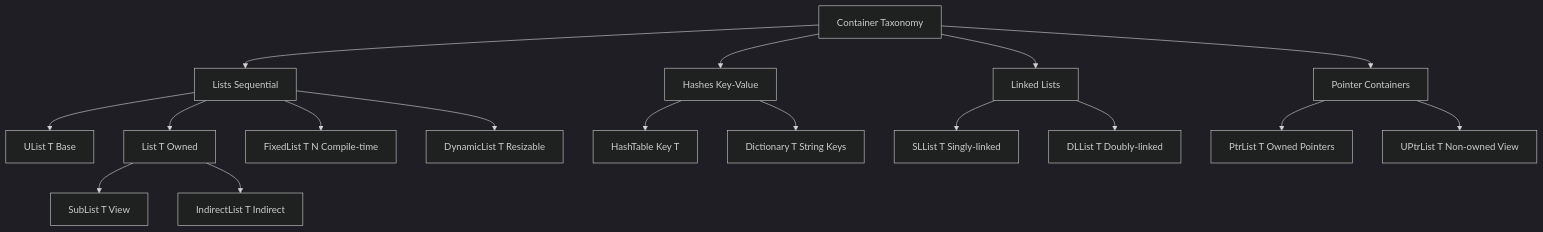
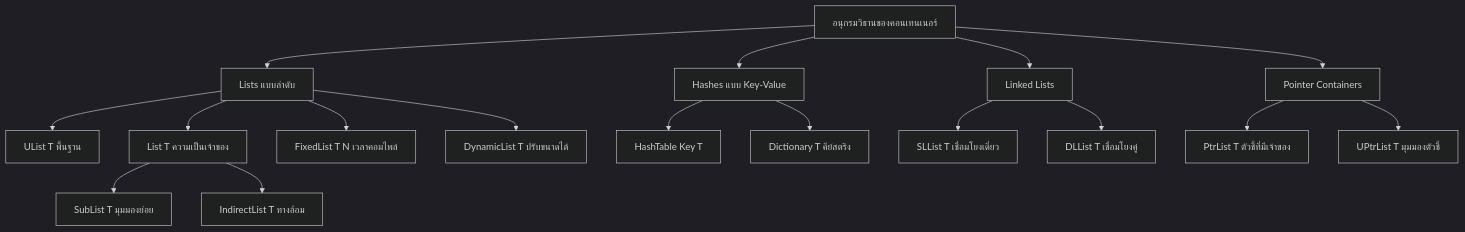
The diagram in MODULE_05_OPENFOAM_PROGRAMMING/CONTENT/03_CONTAINERS_MEMORY/03_Container_System.md (wramet/build-my-cfd), drawn with Mermaid (dark theme) before and after one commit. The commit also changed other lines of this file and 104 other files, not shown here.

````diff
--- a/MODULE_05_OPENFOAM_PROGRAMMING/CONTENT/03_CONTAINERS_MEMORY/03_Container_System.md
+++ b/MODULE_05_OPENFOAM_PROGRAMMING/CONTENT/03_CONTAINERS_MEMORY/03_Container_System.md
@@ -18,23 +18,23 @@
 ```mermaid
 flowchart TD
-    A[Container Taxonomy] --> B[Lists Sequential]
-    A --> C[Hashes Key-Value]
+    A[อนุกรมวิธานของคอนเทนเนอร์] --> B[Lists แบบลำดับ]
+    A --> C[Hashes แบบ Key-Value]
     A --> D[Linked Lists]
     A --> E[Pointer Containers]
 
-    B --> B1[UList T Base]
-    B --> B2[List T Owned]
-    B --> B3[FixedList T N Compile-time]
-    B --> B4[DynamicList T Resizable]
-    B2 --> B5[SubList T View]
-    B2 --> B6[IndirectList T Indirect]
+    B --> B1[UList T พื้นฐาน]
+    B --> B2[List T ความเป็นเจ้าของ]
+    B --> B3[FixedList T N เวลาคอมไพล์]
+    B --> B4[DynamicList T ปรับขนาดได้]
+    B2 --> B5[SubList T มุมมองย่อย]
+    B2 --> B6[IndirectList T ทางอ้อม]
 
     C --> C1[HashTable Key T]
-    C --> C2[Dictionary T String Keys]
+    C --> C2[Dictionary T คีย์สตริง]
 
-    D --> D1[SLList T Singly-linked]
-    D --> D2[DLList T Doubly-linked]
+    D --> D1[SLList T เชื่อมโยงเดี่ยว]
+    D --> D2[DLList T เชื่อมโยงคู่]
 
-    E --> E1[PtrList T Owned Pointers]
-    E --> E2[UPtrList T Non-owned View]
+    E --> E1[PtrList T ตัวชี้ที่มีเจ้าของ]
+    E --> E2[UPtrList T มุมมองตัวชี้]
 ```
````
